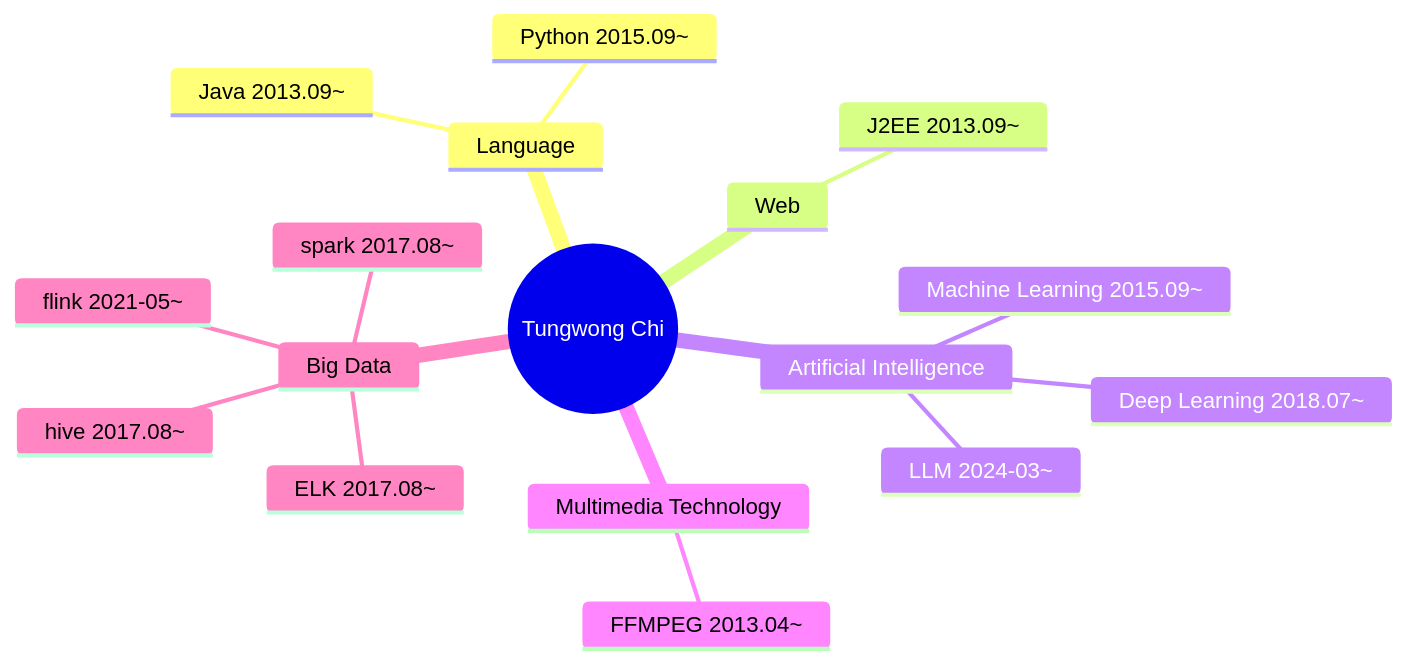
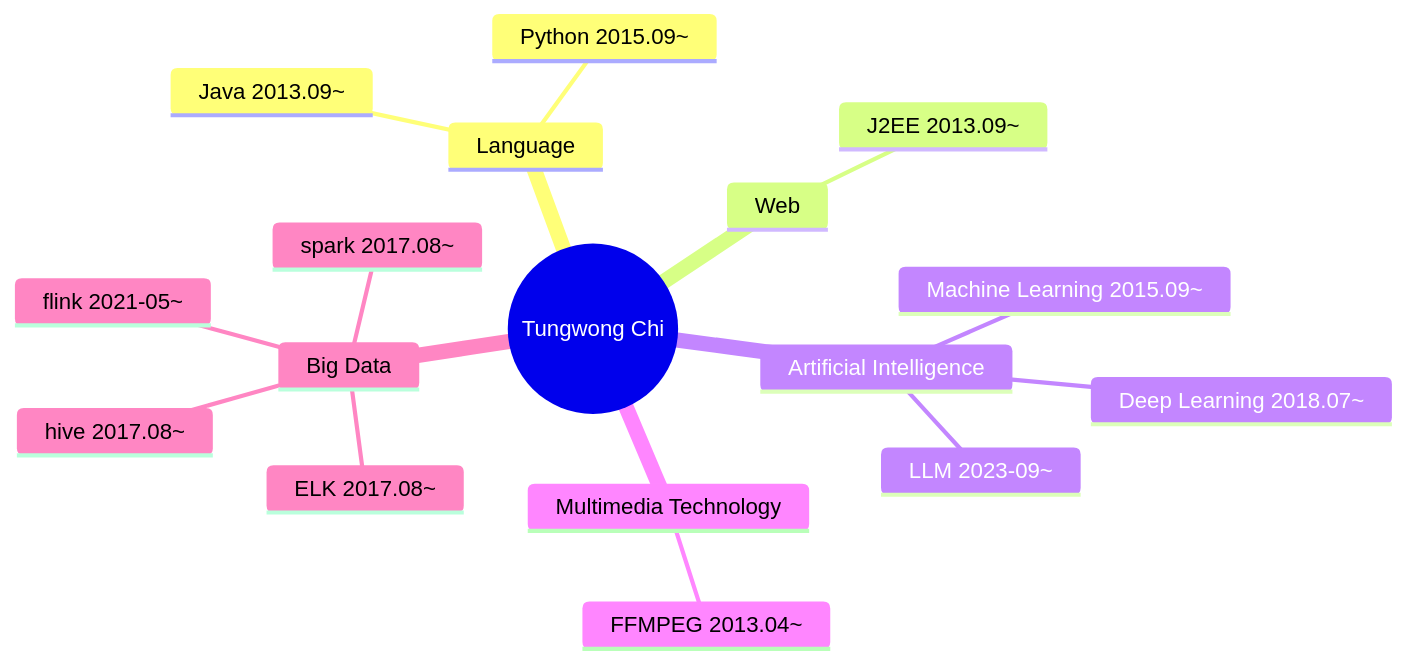
The diagram in introduction.md (tungwongchi/blog), drawn with Mermaid before and after one commit.

````diff
--- a/introduction.md
+++ b/introduction.md
@@ -7,26 +7,26 @@
 ```mermaid
 mindmap
 root((Tungwong Chi))
 
     Language
         Java 2013.09~
         Python 2015.09~
 
     Web
         J2EE 2013.09~
 
     Artificial Intelligence
         Machine Learning 2015.09~
         Deep Learning 2018.07~
-        LLM 2024-03~
+        LLM 2023-09~
 
     Multimedia Technology
         FFMPEG 2013.04~
 
     Big Data
         hive 2017.08~
         spark 2017.08~
         ELK 2017.08~
         flink 2021-05~
 
 ```
````
